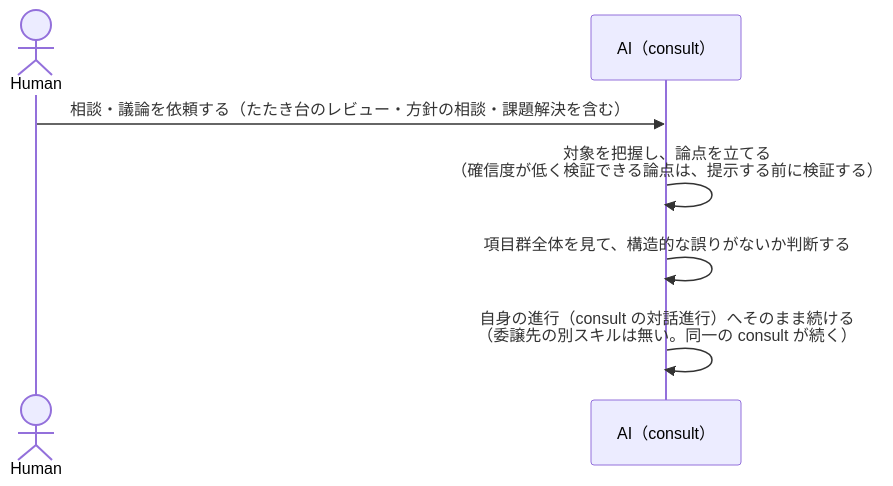
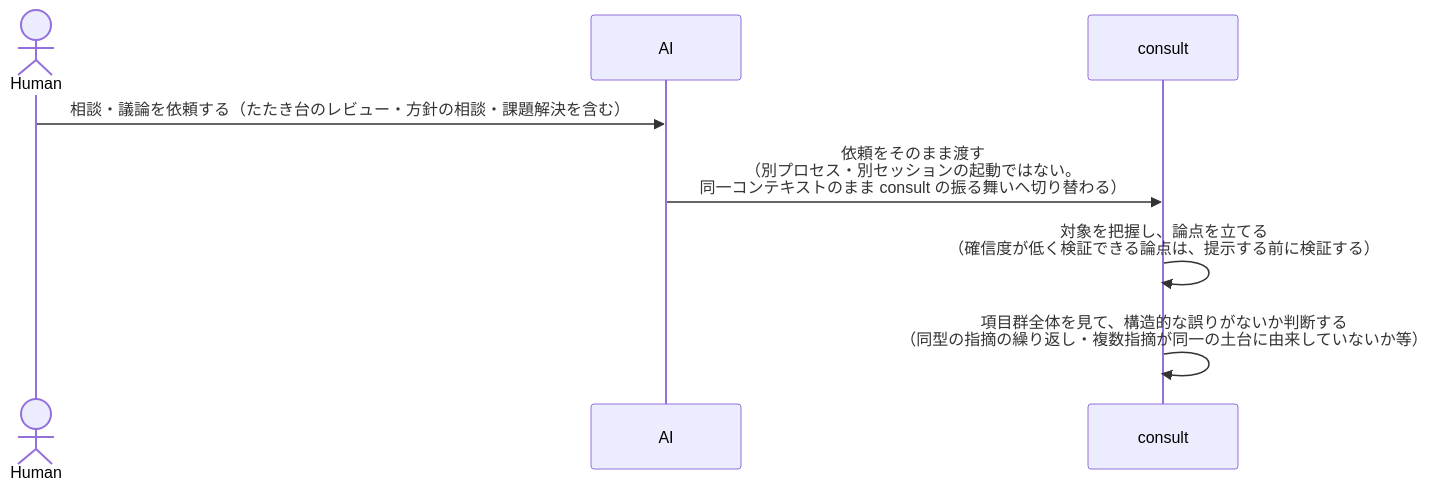
The second of 3 diagrams in docs/specs/consult/design/DES-078_consult_dialogue_flow_design.md (BlueEventHorizon/bw-cc-plugins), drawn with Mermaid before and after one commit. The commit also changed other lines of this file, not shown here.

Commit message:
docs(consult): DES-078の図A-1/A-2でconsultを独立列として分離し、A-2ではHumanからの依頼をconsultへ即座に委譲して以降の思考（対象把握・論点抽出・構造判断）をconsult自身の文脈で行う形に修正する
Claude-Session: https://claude.ai/code/session_018encxFTGHrGrpaCY2vni3V

````diff
--- a/docs/specs/consult/design/DES-078_consult_dialogue_flow_design.md
+++ b/docs/specs/consult/design/DES-078_consult_dialogue_flow_design.md
@@ -47,10 +48,11 @@
 ```mermaid
 sequenceDiagram
     actor Human
-    participant AI as AI（consult）
+    participant AI as AI
+    participant Consult as consult
 
     Human->>AI: 相談・議論を依頼する（たたき台のレビュー・方針の相談・課題解決を含む）
-    AI->>AI: 対象を把握し、論点を立てる<br/>（確信度が低く検証できる論点は、提示する前に検証する）
-    AI->>AI: 項目群全体を見て、構造的な誤りがないか判断する
-    AI->>AI: 自身の進行（consult の対話進行）へそのまま続ける<br/>（委譲先の別スキルは無い。同一の consult が続く）
+    AI->>Consult: 依頼をそのまま渡す<br/>（別プロセス・別セッションの起動ではない。<br/>同一コンテキストのまま consult の振る舞いへ切り替わる）
+    Consult->>Consult: 対象を把握し、論点を立てる<br/>（確信度が低く検証できる論点は、提示する前に検証する）
+    Consult->>Consult: 項目群全体を見て、構造的な誤りがないか判断する<br/>（同型の指摘の繰り返し・複数指摘が同一の土台に由来していないか等）
 ```
````
